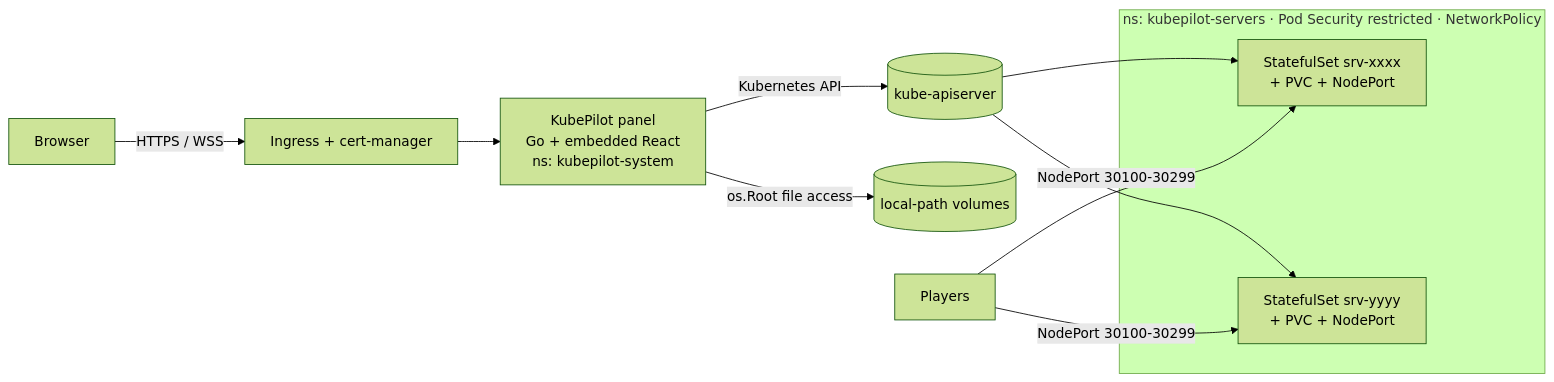
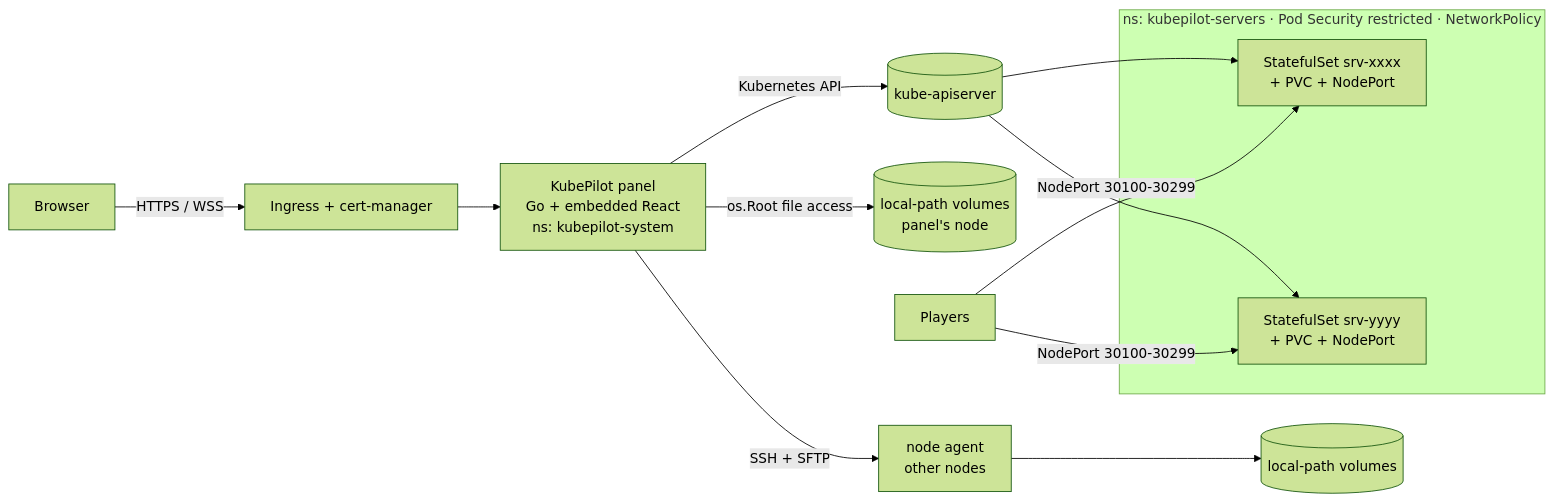
One commit to NycolazSec/KubePilot-Panel changed the diagram in README.md. Above: the diagram before and after it, drawn with Mermaid (forest theme). The commit also changed other lines of this file and 43 other files, not shown here.

````diff
--- a/README.md
+++ b/README.md
@@ -46,14 +47,15 @@
 ```mermaid
 flowchart LR
   U[Browser] -- HTTPS / WSS --> I[Ingress + cert-manager]
   I --> P[KubePilot panel<br/>Go + embedded React<br/>ns: kubepilot-system]
   P -- Kubernetes API --> K[(kube-apiserver)]
-  P -- os.Root file access --> V[(local-path volumes)]
+  P -- os.Root file access --> V[(local-path volumes<br/>panel's node)]
+  P -- SSH + SFTP --> A[node agent<br/>other nodes] --> V2[(local-path volumes)]
   K --> S1[StatefulSet srv-xxxx<br/>+ PVC + NodePort]
   K --> S2[StatefulSet srv-yyyy<br/>+ PVC + NodePort]
   G[Players] -- NodePort 30100-30299 --> S1 & S2
   subgraph servers [ns: kubepilot-servers · Pod Security restricted · NetworkPolicy]
     S1
     S2
   end
 ```
````
